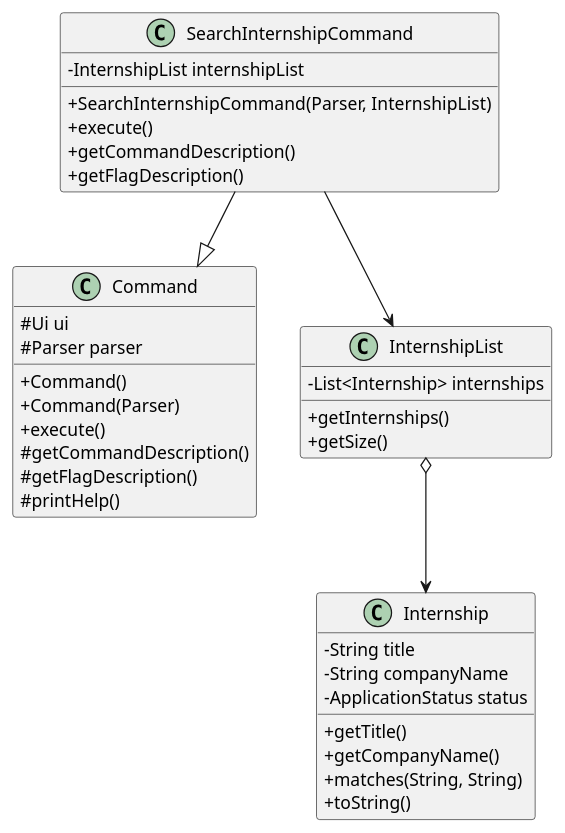
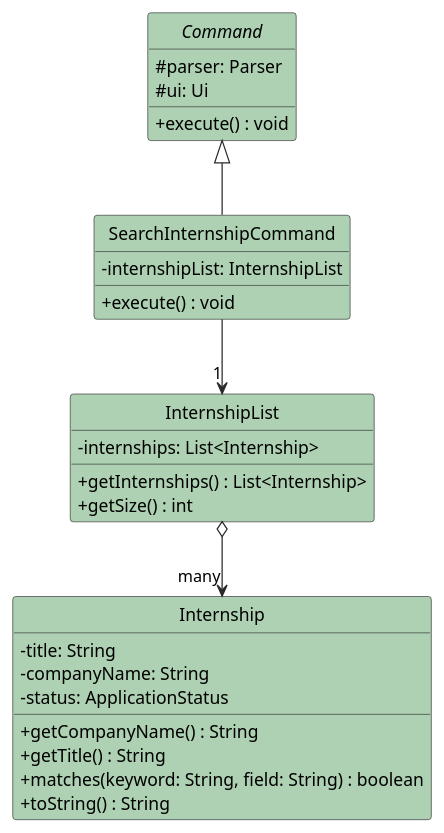
One commit to Yian123330/tp changed the diagram in docs/diagrams/SearchInternshipCommandClassDiagram.puml. Above: the diagram before and after it, drawn with PlantUML. The commit also changed 7 other files, not shown here.

Commit message:
Updated Class Diagram for List, delete, delete interview and search internship

```diff
--- a/docs/diagrams/SearchInternshipCommandClassDiagram.puml
+++ b/docs/diagrams/SearchInternshipCommandClassDiagram.puml
@@ -1,43 +1,40 @@
 @startuml
+hide circle
 skinparam classAttributeIconSize 0
-skinparam shadowing false
+skinparam class {
+    BackgroundColor #ADD1B2
+    ArrowColor #2A2A2A
+    BorderColor #2A2A2A
+}
+
+abstract class Command {
+  # parser: Parser
+  # ui: Ui
+  + execute() : void
+}
 
 class SearchInternshipCommand {
-    - InternshipList internshipList
-    + SearchInternshipCommand(Parser, InternshipList)
-    + execute()
-    + getCommandDescription()
-    + getFlagDescription()
-}
-
-class Command {
-    # Ui ui
-    # Parser parser
-    + Command()
-    + Command(Parser)
-    + execute()
-    # getCommandDescription()
-    # getFlagDescription()
-    # printHelp()
+  - internshipList: InternshipList
+  + execute() : void
 }
 
 class InternshipList {
-    - List<Internship> internships
-    + getInternships()
-    + getSize()
+  - internships: List<Internship>
+  + getInternships() : List<Internship>
+  + getSize() : int
 }
 
 class Internship {
-    - String title
-    - String companyName
-    - ApplicationStatus status
-    + getTitle()
-    + getCompanyName()
-    + matches(String, String)
-    + toString()
+  - title: String
+  - companyName: String
+  - status: ApplicationStatus
+  + getCompanyName() : String
+  + getTitle() : String
+  + matches(keyword: String, field: String) : boolean
+  + toString() : String
 }
 
-SearchInternshipCommand --|> Command
-SearchInternshipCommand --> InternshipList
-InternshipList o--> Internship
+Command <|-- SearchInternshipCommand
+SearchInternshipCommand --> "1" InternshipList
+InternshipList o--> "many" Internship
 @enduml
```
